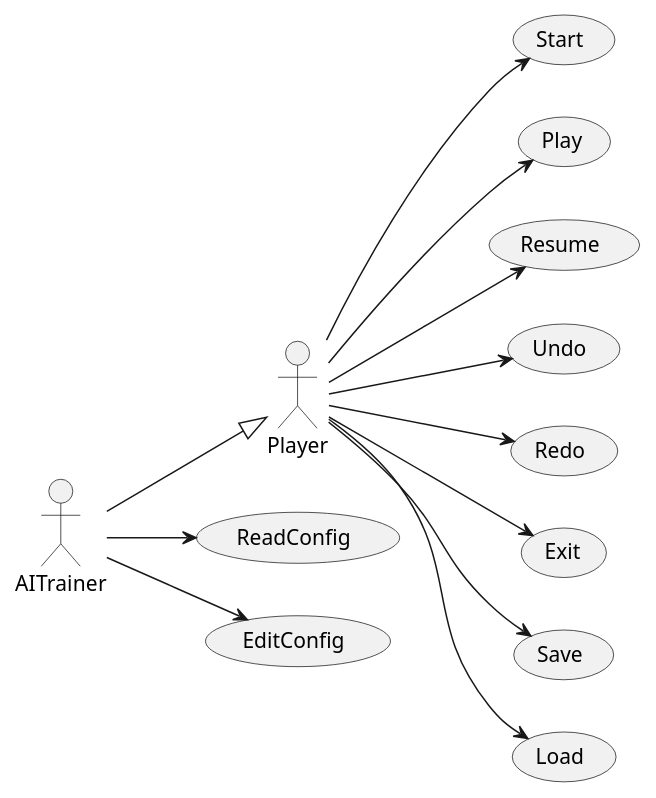
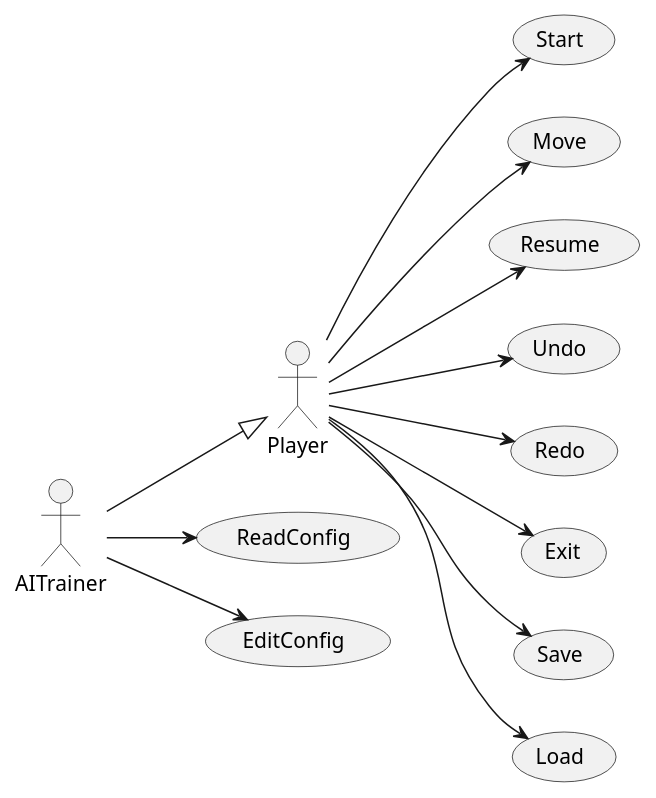
The diagram in docs/src/use-cases/use-cases.plantuml (Master-Desarrollo-20-21/patrones-diseno---practica-final---juego-de-las-damas-fraylopez), drawn with PlantUML before and after one commit. The commit also changed 7 other files, not shown here.

Commit message:
fixes on diagrams

```diff
--- a/docs/src/use-cases/use-cases.plantuml
+++ b/docs/src/use-cases/use-cases.plantuml
@@ -1,31 +1,31 @@
 @startuml UseCases
 left to right direction
 actor Player
 actor AITrainer
 
 AITrainer -down-|> Player
 
 usecase Start
-usecase Play
+usecase Move
 usecase Resume
 usecase Undo
 usecase Redo
 usecase Exit
 usecase Save
 usecase Load
 
 usecase ReadConfig
 usecase EditConfig
 
 Player --> Start
-Player --> Play
+Player --> Move
 Player --> Undo
 Player --> Redo
 Player --> Exit
 Player --> Save
 Player --> Resume
 Player --> Load
 
 AITrainer --> ReadConfig
 AITrainer --> EditConfig
 @enduml
```
